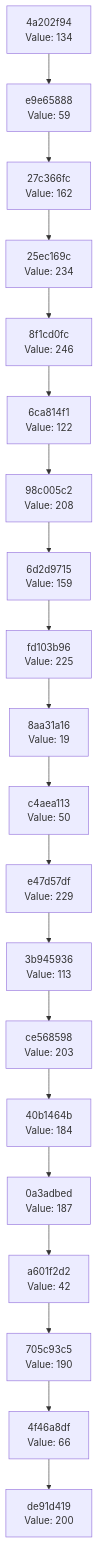
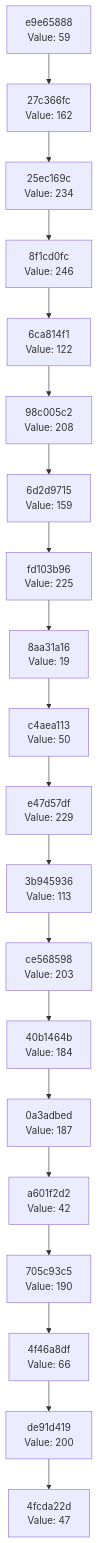
One commit to Abhisheksinha1506/hash-chain-evolver changed the diagram in docs/CHAIN_VISUALIZATION.md. Above: the diagram before and after it, drawn with Mermaid. The commit also changed 2 other files, not shown here.

Commit message:
Evolution Step

````diff
--- a/docs/CHAIN_VISUALIZATION.md
+++ b/docs/CHAIN_VISUALIZATION.md
@@ -3,42 +3,42 @@
 ```mermaid
 graph TD
-    C0["de91d419<br/>Value: 200"]
-    C1["4f46a8df<br/>Value: 66"]
+    C0["4fcda22d<br/>Value: 47"]
+    C1["de91d419<br/>Value: 200"]
     C1 --> C0
-    C2["705c93c5<br/>Value: 190"]
+    C2["4f46a8df<br/>Value: 66"]
     C2 --> C1
-    C3["a601f2d2<br/>Value: 42"]
+    C3["705c93c5<br/>Value: 190"]
     C3 --> C2
-    C4["0a3adbed<br/>Value: 187"]
+    C4["a601f2d2<br/>Value: 42"]
     C4 --> C3
-    C5["40b1464b<br/>Value: 184"]
+    C5["0a3adbed<br/>Value: 187"]
     C5 --> C4
-    C6["ce568598<br/>Value: 203"]
+    C6["40b1464b<br/>Value: 184"]
     C6 --> C5
-    C7["3b945936<br/>Value: 113"]
+    C7["ce568598<br/>Value: 203"]
     C7 --> C6
-    C8["e47d57df<br/>Value: 229"]
+    C8["3b945936<br/>Value: 113"]
     C8 --> C7
-    C9["c4aea113<br/>Value: 50"]
+    C9["e47d57df<br/>Value: 229"]
     C9 --> C8
-    C10["8aa31a16<br/>Value: 19"]
+    C10["c4aea113<br/>Value: 50"]
     C10 --> C9
-    C11["fd103b96<br/>Value: 225"]
+    C11["8aa31a16<br/>Value: 19"]
     C11 --> C10
-    C12["6d2d9715<br/>Value: 159"]
+    C12["fd103b96<br/>Value: 225"]
     C12 --> C11
-    C13["98c005c2<br/>Value: 208"]
+    C13["6d2d9715<br/>Value: 159"]
     C13 --> C12
-    C14["6ca814f1<br/>Value: 122"]
+    C14["98c005c2<br/>Value: 208"]
     C14 --> C13
-    C15["8f1cd0fc<br/>Value: 246"]
+    C15["6ca814f1<br/>Value: 122"]
     C15 --> C14
-    C16["25ec169c<br/>Value: 234"]
+    C16["8f1cd0fc<br/>Value: 246"]
     C16 --> C15
-    C17["27c366fc<br/>Value: 162"]
+    C17["25ec169c<br/>Value: 234"]
     C17 --> C16
-    C18["e9e65888<br/>Value: 59"]
+    C18["27c366fc<br/>Value: 162"]
     C18 --> C17
-    C19["4a202f94<br/>Value: 134"]
+    C19["e9e65888<br/>Value: 59"]
     C19 --> C18
 ```
````
